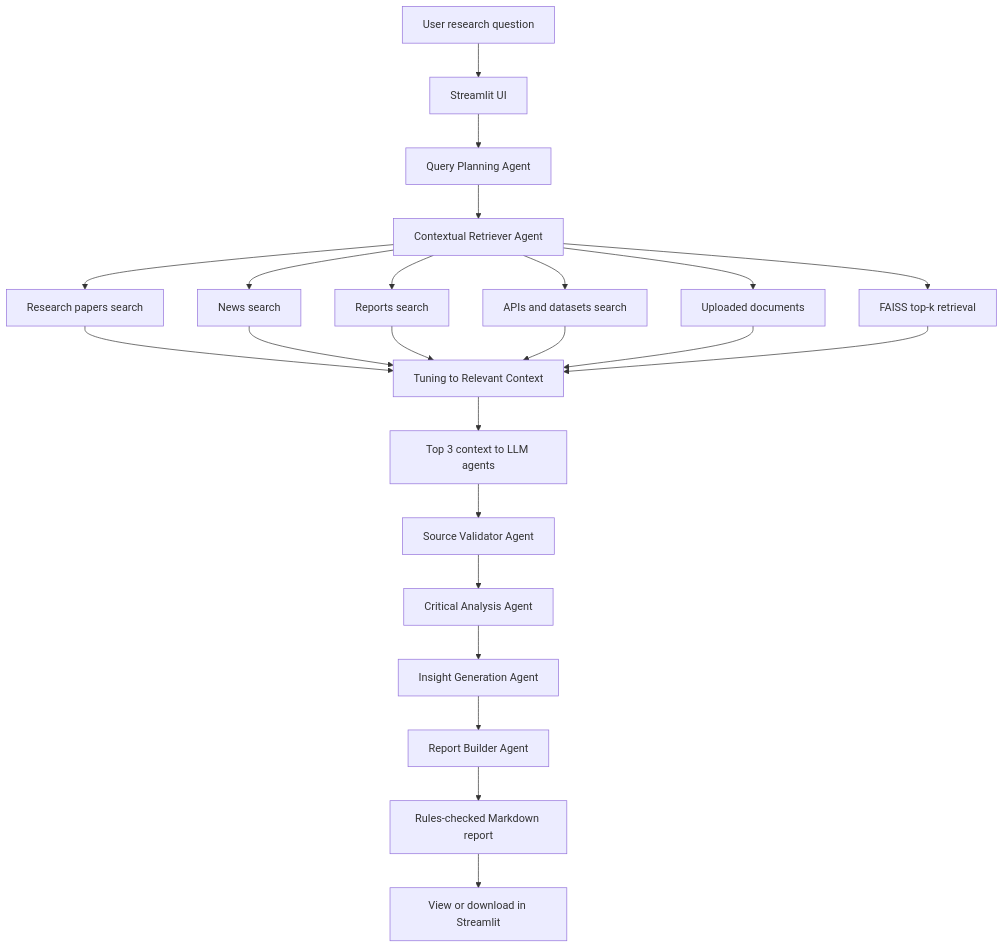
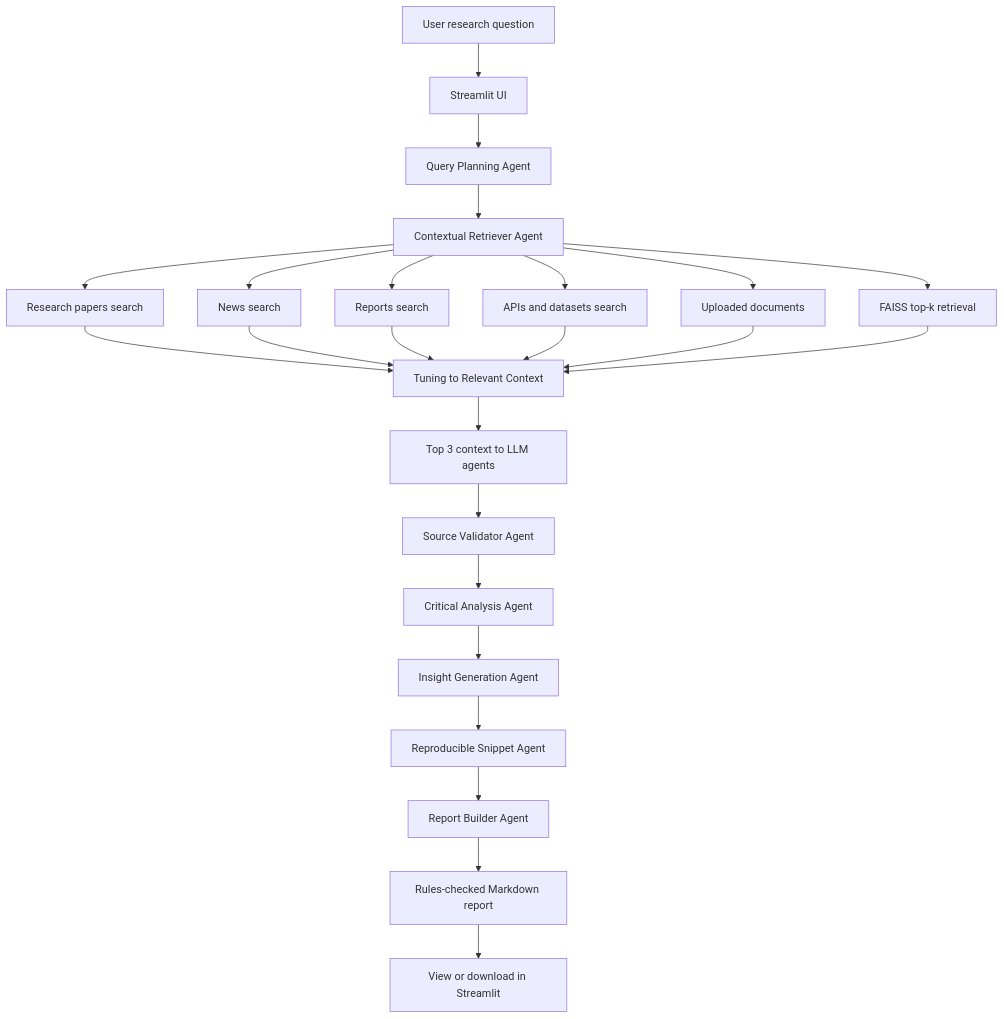
One commit to chakraa1/DeepAIResearch changed the diagram in README.md. Above: the diagram before and after it, drawn with Mermaid. The commit also changed other lines of this file and 11 other files, not shown here.

Commit message:
Add reproducible snippet agent and update concepts

````diff
--- a/README.md
+++ b/README.md
@@ -37,25 +40,26 @@
 ```mermaid
 flowchart TD
     A[User research question] --> B[Streamlit UI]
     B --> C[Query Planning Agent]
     C --> D[Contextual Retriever Agent]
     D --> E1[Research papers search]
     D --> E2[News search]
     D --> E3[Reports search]
     D --> E4[APIs and datasets search]
     D --> F[Uploaded documents]
     D --> G[FAISS top-k retrieval]
     E1 --> H[Tuning to Relevant Context]
     E2 --> H
     E3 --> H
     E4 --> H
     F --> H
     G --> H
     H --> I[Top 3 context to LLM agents]
     I --> J[Source Validator Agent]
     J --> K[Critical Analysis Agent]
     K --> L[Insight Generation Agent]
-    L --> M[Report Builder Agent]
-    M --> N[Rules-checked Markdown report]
-    N --> O[View or download in Streamlit]
+    L --> M[Reproducible Snippet Agent]
+    M --> N[Report Builder Agent]
+    N --> O[Rules-checked Markdown report]
+    O --> P[View or download in Streamlit]
 ```
````
